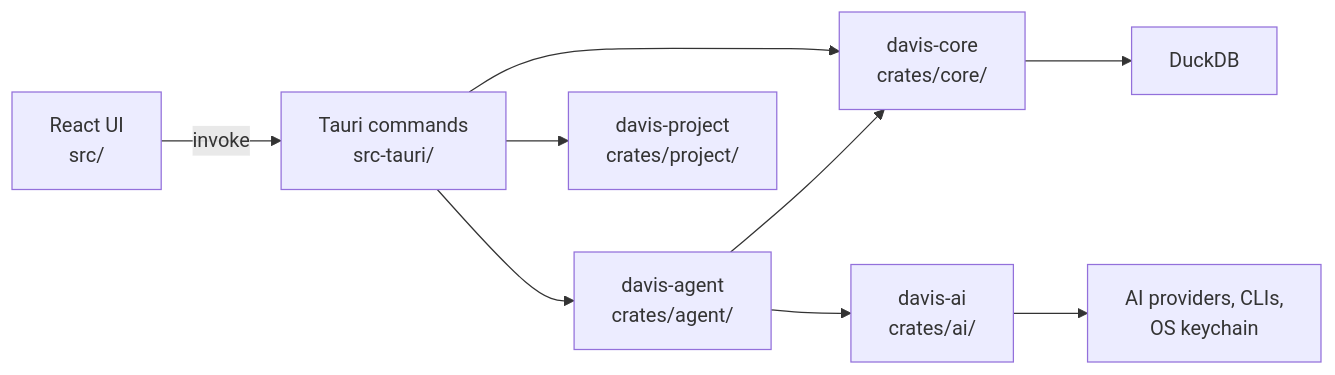
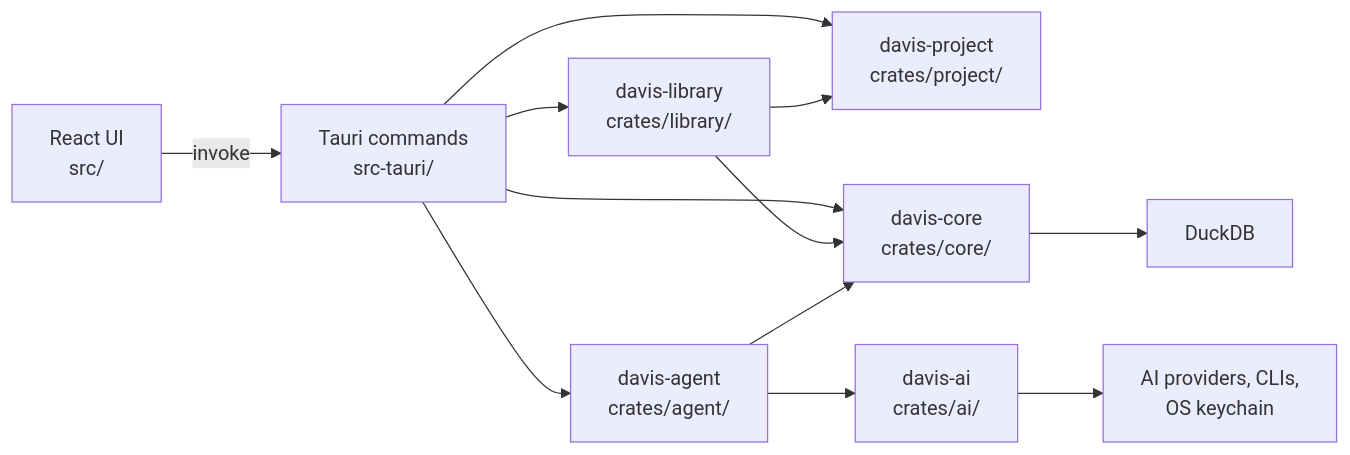
One commit to opikdev/davis changed the diagram in docs/architecture.md. Above: the diagram before and after it, drawn with Mermaid. The commit also changed other lines of this file and 40 other files, not shown here.

````diff
--- a/docs/architecture.md
+++ b/docs/architecture.md
@@ -3,11 +3,14 @@
 ```mermaid
 flowchart LR
   UI["React UI<br/>src/"] -->|"invoke"| Commands["Tauri commands<br/>src-tauri/"]
   Commands --> Agent["davis-agent<br/>crates/agent/"]
   Commands --> Project["davis-project<br/>crates/project/"]
   Commands --> Core["davis-core<br/>crates/core/"]
+  Commands --> Library["davis-library<br/>crates/library/"]
+  Library --> Project
+  Library --> Core
   Agent --> Core
   Agent --> AI["davis-ai<br/>crates/ai/"]
   Core --> DuckDB
   AI --> Providers["AI providers, CLIs,<br/>OS keychain"]
 ```
````
